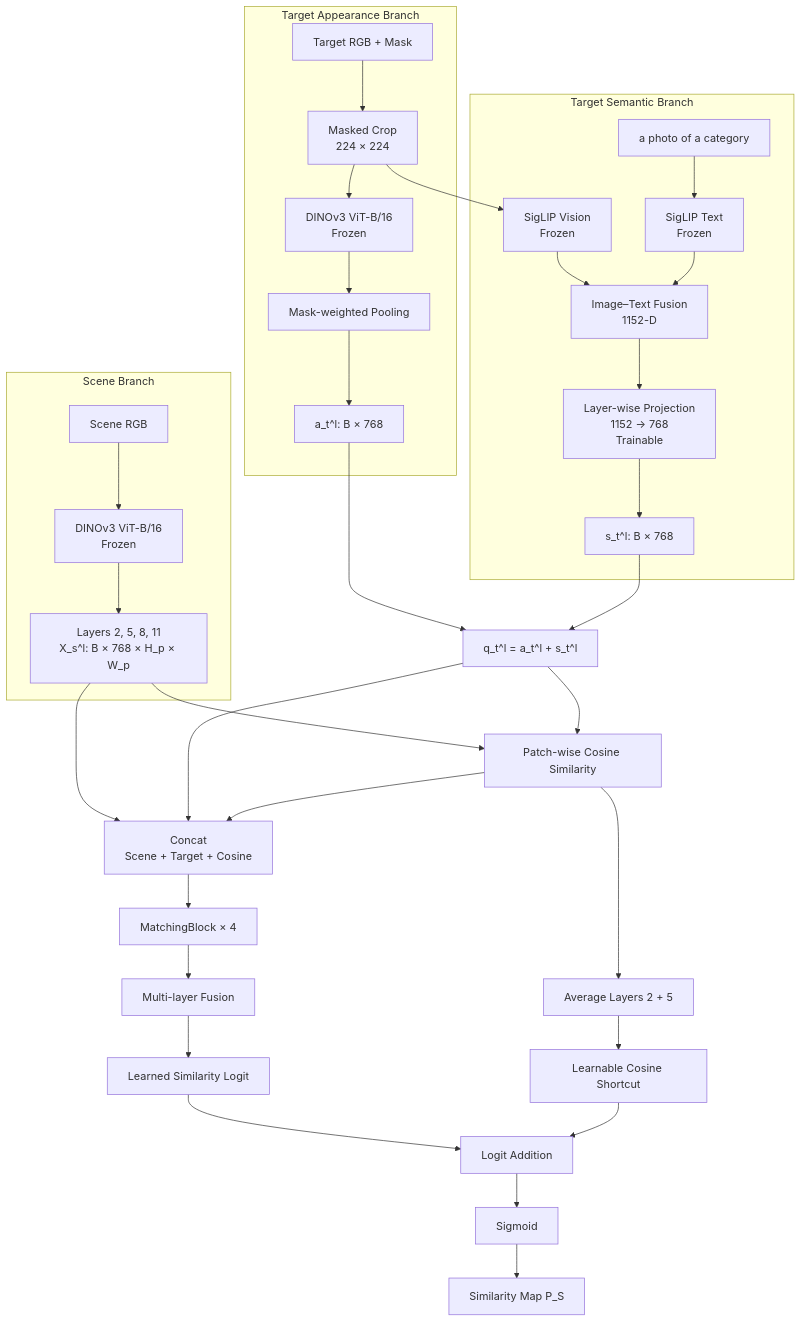
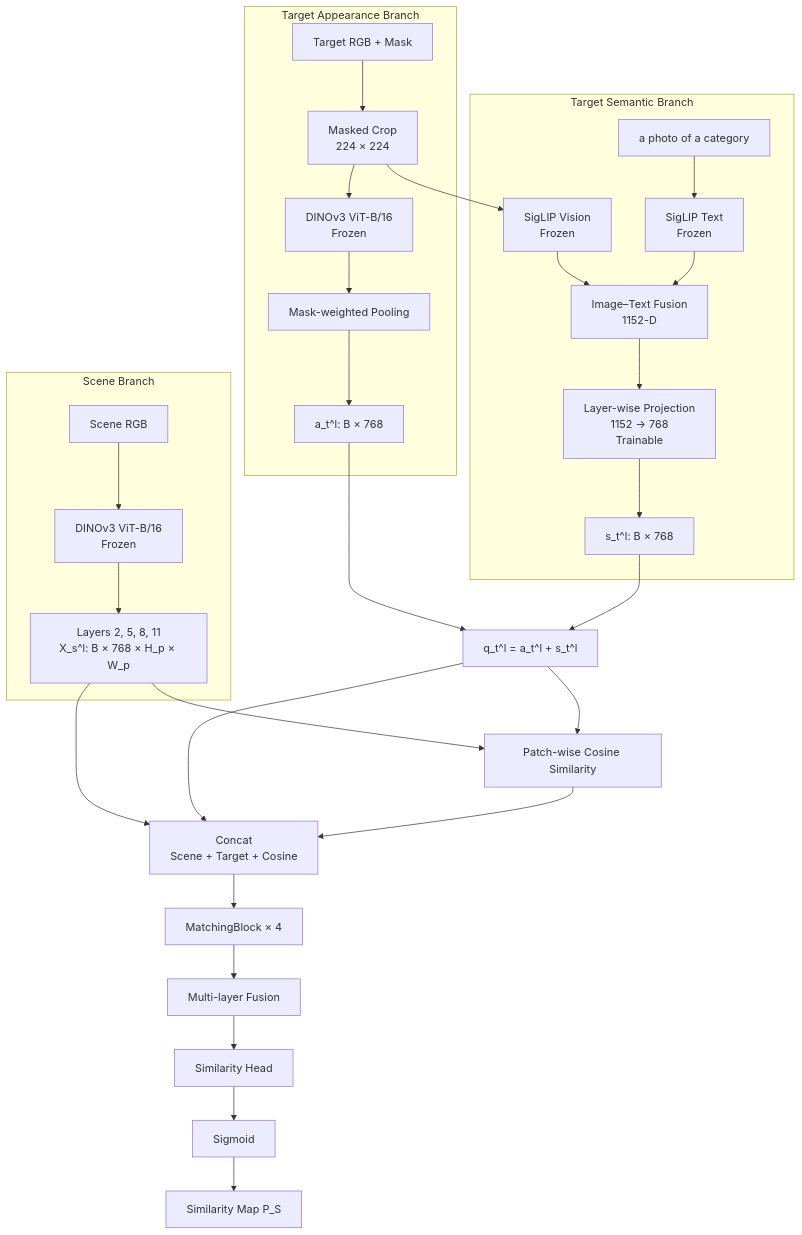
One commit to JeonHaneul/2D-PDM_DINOv3 changed the second of 3 diagrams in README2.md. Above: the diagram before and after it, drawn with Mermaid. The commit also changed other lines of this file, not shown here.

Commit message:
Update README for no-shortcut similarity model

````diff
--- a/README2.md
+++ b/README2.md
@@ -90,47 +90,43 @@
 ```mermaid
 flowchart TB
     subgraph SCENE["Scene Branch"]
         SRGB["Scene RGB"]
         SDINO["DINOv3 ViT-B/16<br/>Frozen"]
         SFEAT["Layers 2, 5, 8, 11<br/>X_s^l: B × 768 × H_p × W_p"]
         SRGB --> SDINO --> SFEAT
     end
 
     subgraph APPEARANCE["Target Appearance Branch"]
         TRGB["Target RGB + Mask"]
         CROP["Masked Crop<br/>224 × 224"]
         TDINO["DINOv3 ViT-B/16<br/>Frozen"]
         POOL["Mask-weighted Pooling"]
         AVEC["a_t^l: B × 768"]
         TRGB --> CROP --> TDINO --> POOL --> AVEC
     end
 
     subgraph SEMANTIC["Target Semantic Branch"]
         SIGIMG["SigLIP Vision<br/>Frozen"]
         PROMPT["a photo of a category"]
         SIGTXT["SigLIP Text<br/>Frozen"]
         SEMFUSE["Image–Text Fusion<br/>1152-D"]
         PROJ["Layer-wise Projection<br/>1152 → 768<br/>Trainable"]
         SVEC["s_t^l: B × 768"]
         CROP --> SIGIMG --> SEMFUSE
         PROMPT --> SIGTXT --> SEMFUSE
         SEMFUSE --> PROJ --> SVEC
     end
 
     AVEC --> QFUSE["q_t^l = a_t^l + s_t^l"]
     SVEC --> QFUSE
     SFEAT --> COS["Patch-wise Cosine Similarity"]
     QFUSE --> COS
     SFEAT --> INTERACT["Concat<br/>Scene + Target + Cosine"]
     QFUSE --> INTERACT
     COS --> INTERACT
     INTERACT --> BLOCKS["MatchingBlock × 4"]
     BLOCKS --> LFUSE["Multi-layer Fusion"]
-    LFUSE --> HEAD["Learned Similarity Logit"]
-    COS --> CAVG["Average Layers 2 + 5"]
-    CAVG --> SKIP["Learnable Cosine Shortcut"]
-    HEAD --> ADDLOGIT["Logit Addition"]
-    SKIP --> ADDLOGIT
-    ADDLOGIT --> SIGMOID["Sigmoid"]
+    LFUSE --> HEAD["Similarity Head"]
+    HEAD --> SIGMOID["Sigmoid"]
     SIGMOID --> PMAP["Similarity Map P_S"]
 ```
````
